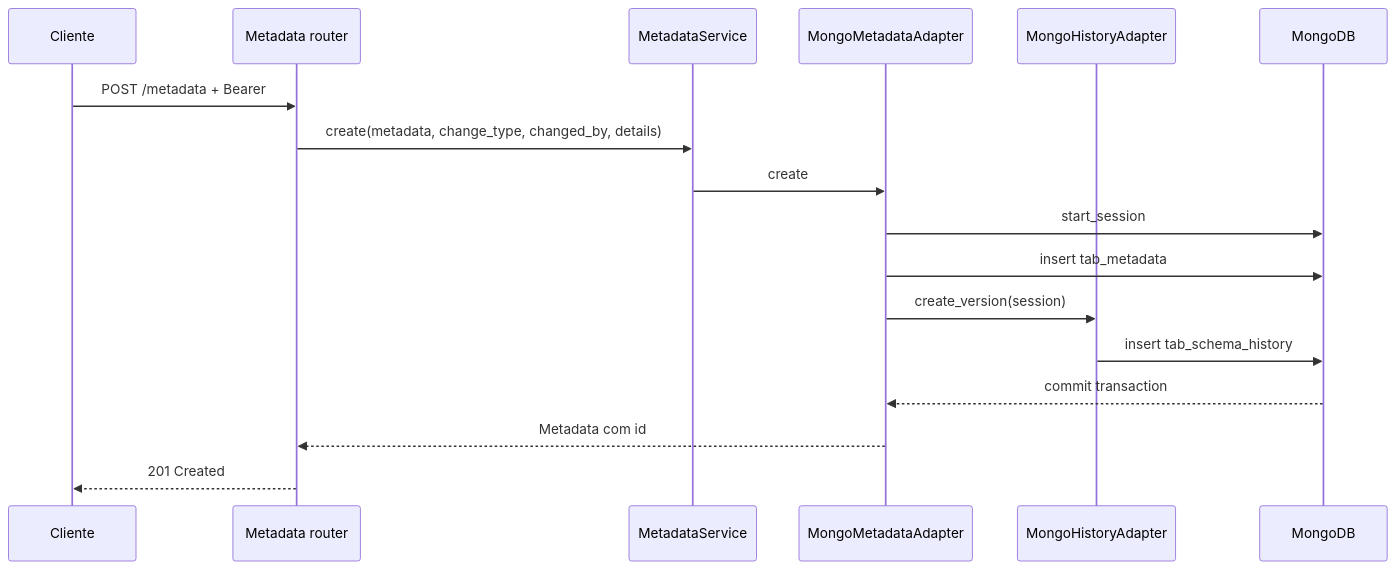
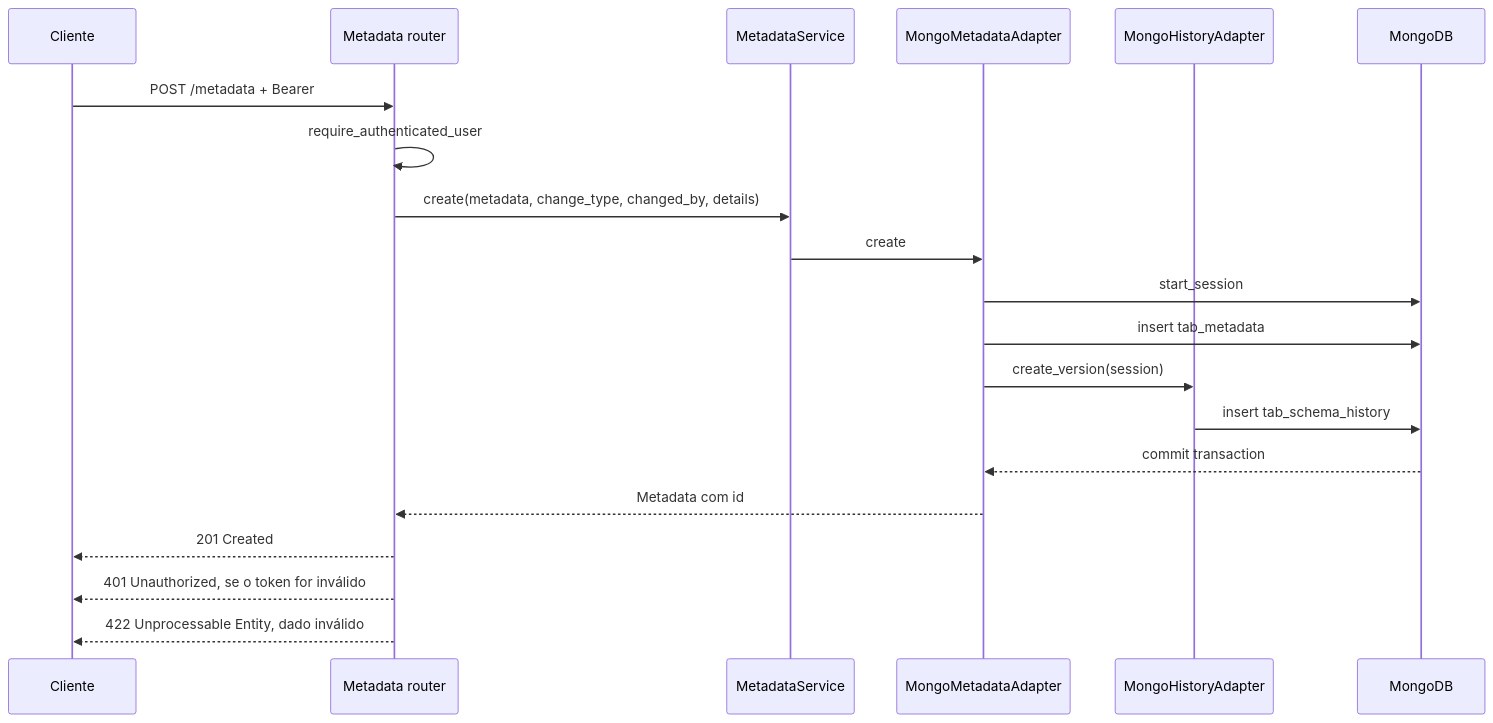
Before and after one commit to vinicrespi/ms-metadata-catalog-service: the third of 5 diagrams in ARCHITECTURE.md, drawn with Mermaid. The commit also changed other lines of this file, not shown here.

````diff
--- a/ARCHITECTURE.md
+++ b/ARCHITECTURE.md
@@ -101,20 +101,24 @@
 ```mermaid
 sequenceDiagram
     participant Client as Cliente
     participant API as Metadata router
     participant Service as MetadataService
     participant Metadata as MongoMetadataAdapter
     participant History as MongoHistoryAdapter
     participant DB as MongoDB
 
     Client->>API: POST /metadata + Bearer
+    API->>API: require_authenticated_user
     API->>Service: create(metadata, change_type, changed_by, details)
     Service->>Metadata: create
     Metadata->>DB: start_session
     Metadata->>DB: insert tab_metadata
     Metadata->>History: create_version(session)
     History->>DB: insert tab_schema_history
     DB-->>Metadata: commit transaction
     Metadata-->>API: Metadata com id
     API-->>Client: 201 Created
+
+    API-->>Client: 401 Unauthorized, se o token for inválido
+    API-->>Client: 422 Unprocessable Entity, dado inválido
 ```
````
